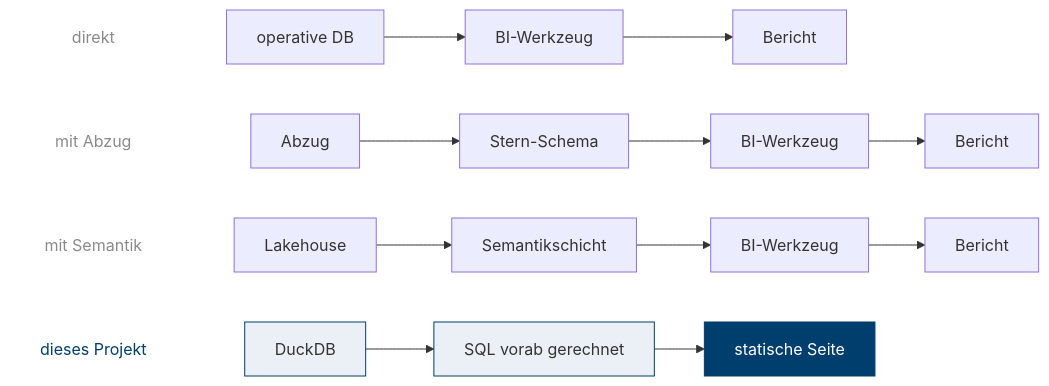
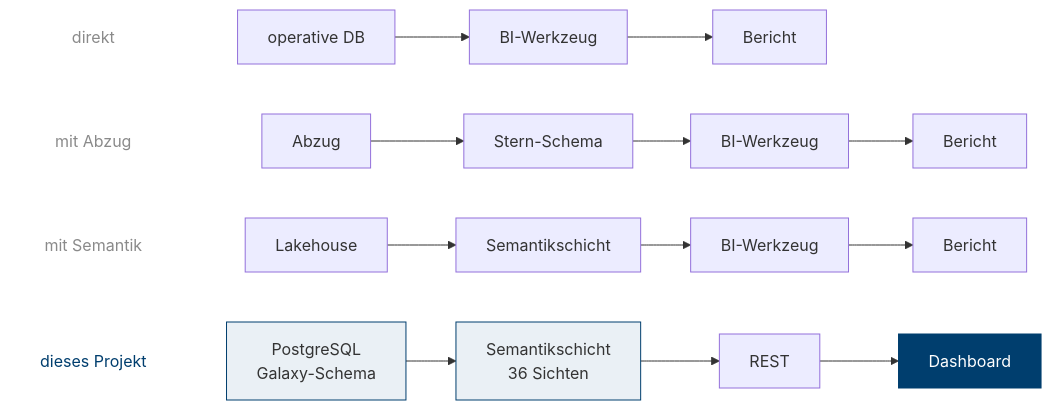
The diagram in slides/diagramme/14_bi_architekturen.mmd (swrobuts/BurgerMetrics), drawn with Mermaid before and after one commit. The commit also changed 20 other files, not shown here.

```diff
--- a/slides/diagramme/14_bi_architekturen.mmd
+++ b/slides/diagramme/14_bi_architekturen.mmd
@@ -1,12 +1,12 @@
 flowchart LR
     A0["direkt"] ~~~ A1["operative DB"] --> A3["BI-Werkzeug"] --> A4["Bericht"]
     B0["mit Abzug"] ~~~ B1["Abzug"] --> B2["Stern-Schema"] --> B3["BI-Werkzeug"] --> B4["Bericht"]
     C0["mit Semantik"] ~~~ C1["Lakehouse"] --> C2["Semantikschicht"] --> C3["BI-Werkzeug"] --> C4["Bericht"]
-    D0["dieses Projekt"] ~~~ D1["DuckDB"] --> D2["SQL vorab gerechnet"] --> D4["statische Seite"]
+    D0["dieses Projekt"] ~~~ D1["PostgreSQL<br/>Galaxy-Schema"] --> D2["Semantikschicht<br/>36 Sichten"] --> D3["REST"] --> D4["Dashboard"]
     style A0 fill:#FFFFFF,stroke:#FFFFFF,color:#8A8A8A
     style B0 fill:#FFFFFF,stroke:#FFFFFF,color:#8A8A8A
     style C0 fill:#FFFFFF,stroke:#FFFFFF,color:#8A8A8A
     style D0 fill:#FFFFFF,stroke:#FFFFFF,color:#003E6E
     style D1 fill:#EAF0F5,stroke:#003E6E
     style D2 fill:#EAF0F5,stroke:#003E6E
     style D4 fill:#003E6E,color:#FFFFFF,stroke:#003E6E
```
